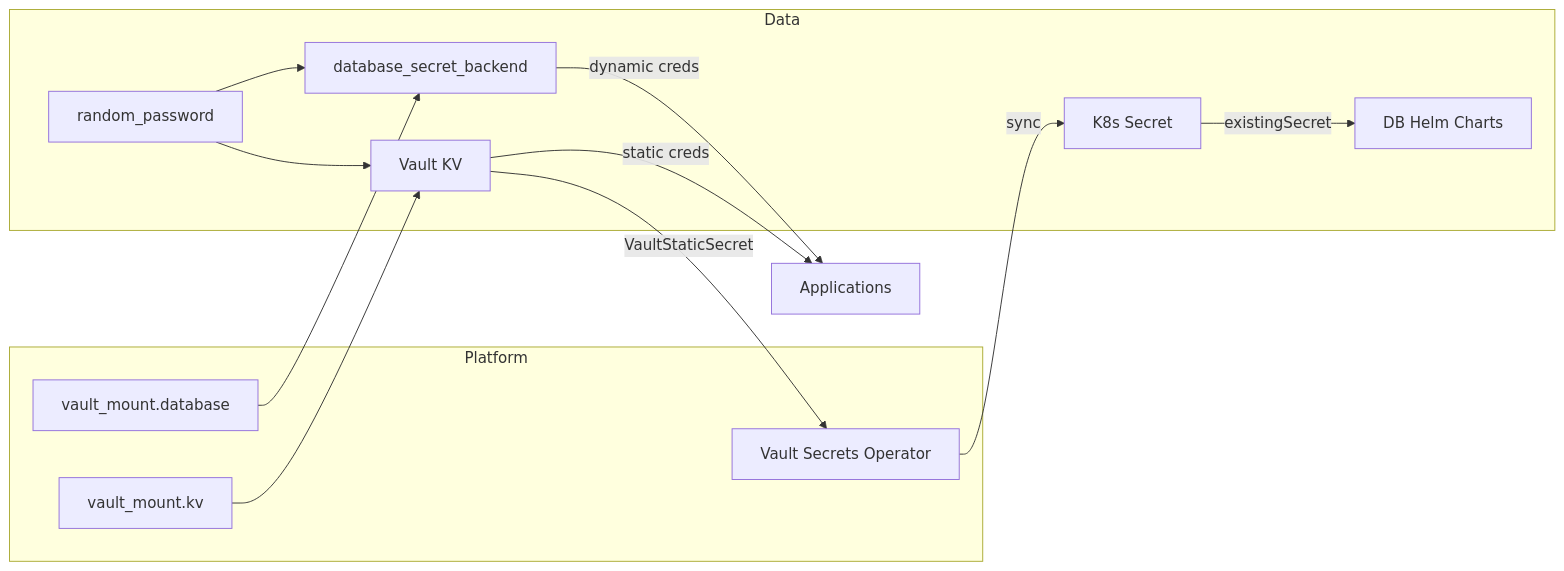
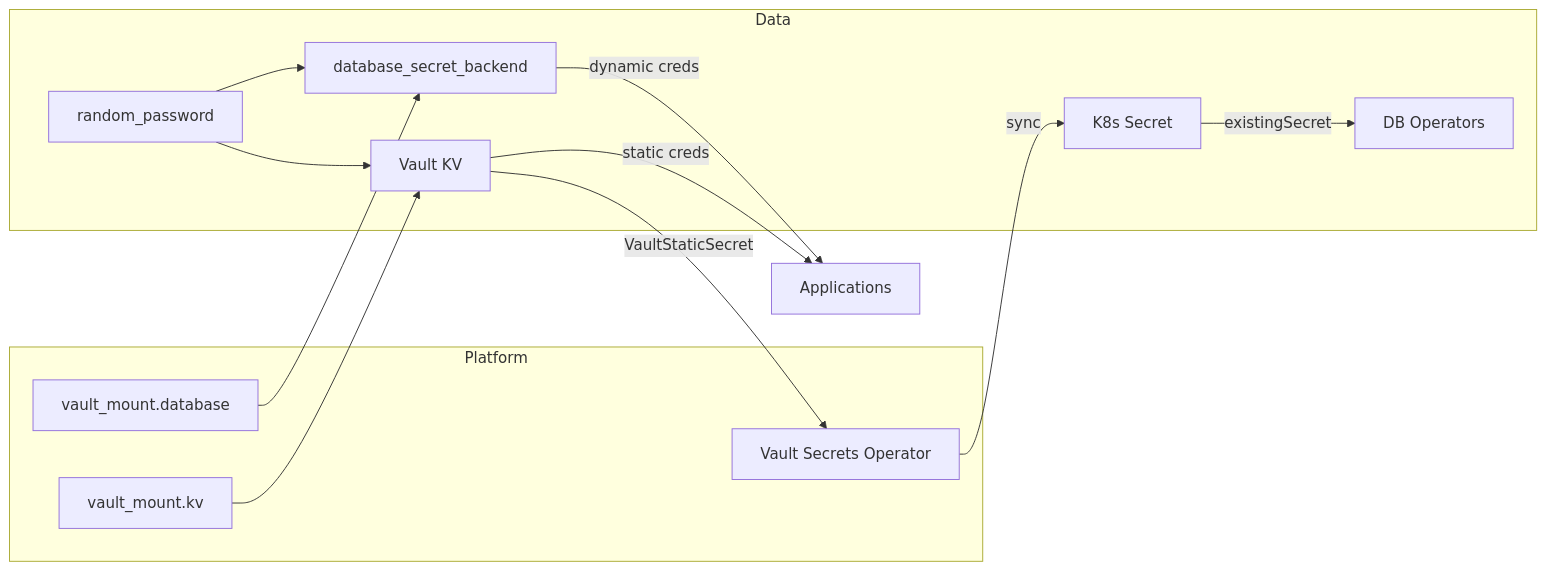
Before and after one commit to wangzitian0/infra: the diagram in envs/prod/data/README.md, drawn with Mermaid. The commit also changed other lines of this file and 9 other files, not shown here.

````diff
--- a/envs/prod/data/README.md
+++ b/envs/prod/data/README.md
@@ -21,19 +21,19 @@
 ```mermaid
 graph LR
     subgraph "Platform"
         VM[vault_mount.kv]
         VD[vault_mount.database]
         VSO[Vault Secrets Operator]
     end
     subgraph "Data"
         RND[random_password] --> KV[Vault KV]
         KV --> |VaultStaticSecret| VSO
         VSO --> |sync| K8S[K8s Secret]
-        K8S --> |existingSecret| HELM[DB Helm Charts]
+        K8S --> |existingSecret| OP[DB Operators]
         RND --> DB_CFG[database_secret_backend]
     end
     VM --> KV
     VD --> DB_CFG
     DB_CFG --> |dynamic creds| APPS[Applications]
     KV --> |static creds| APPS
 ```
````
